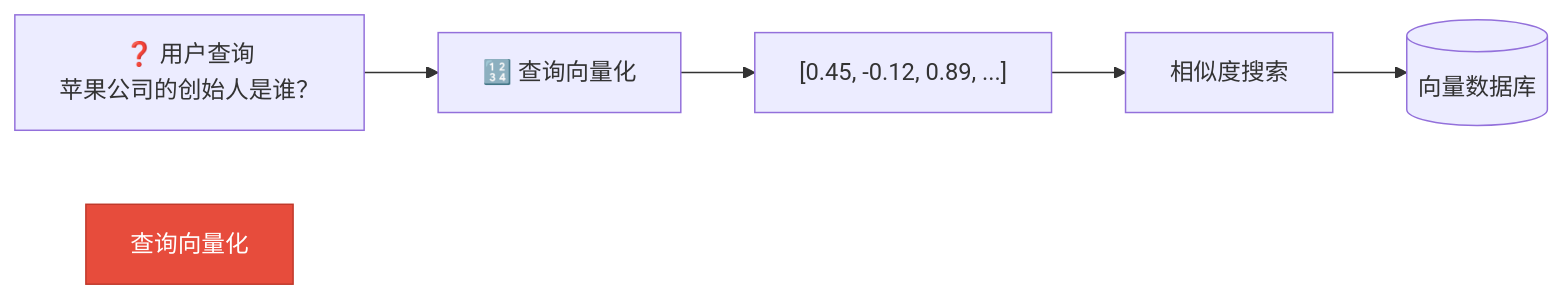
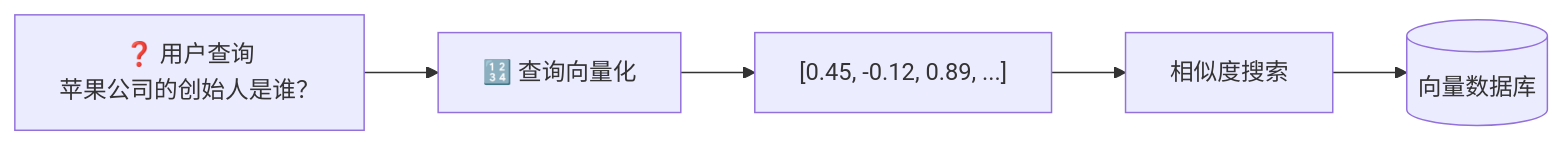
One commit to dd-xiaozhi/study-notes changed the eighth of 16 diagrams in ai-agent/rag/01_basics.md. Above: the diagram before and after it, drawn with Mermaid. The commit also changed other lines of this file and 19 other files, not shown here.

````diff
--- a/ai-agent/rag/01_basics.md
+++ b/ai-agent/rag/01_basics.md
@@ -532,9 +526,7 @@
 ```mermaid
 flowchart LR
     Q["❓ 用户查询<br/>苹果公司的创始人是谁？"] --> EQ["🔢 查询向量化"]
     EQ --> QV["[0.45, -0.12, 0.89, ...]"]
     QV --> SS[相似度搜索]
     SS --> DB[(向量数据库)]
-
-    style 查询向量化 fill:#e74c3c,stroke:#c0392b,color:#fff
 ```
````
